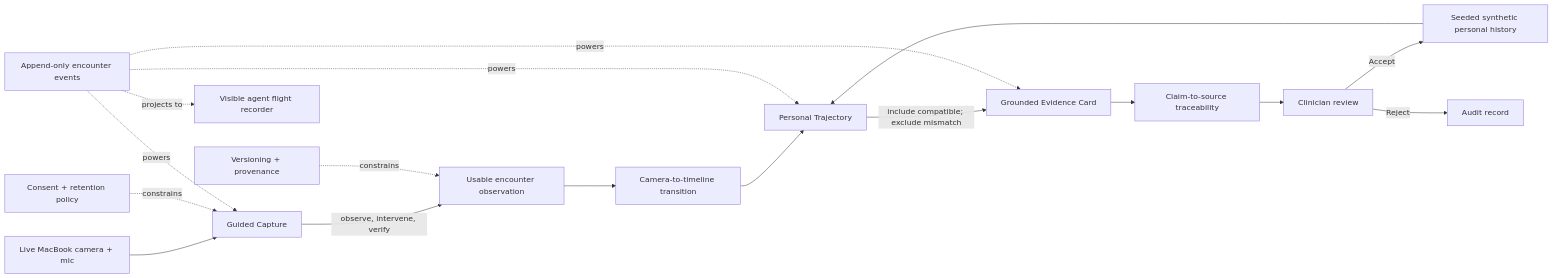
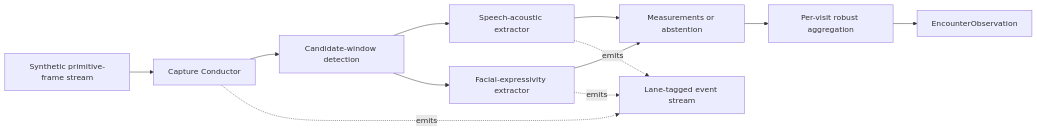
Before and after one commit to logannye/neurotrax: the diagram in README.md, drawn with Mermaid. The commit also changed other lines of this file and 17 other files, not shown here.

````diff
--- a/README.md
+++ b/README.md
@@ -184,20 +112,15 @@
 ```mermaid
 flowchart LR
-    MAC["Live MacBook camera + mic"] --> CAPTURE["Guided Capture"]
-    CAPTURE -->|observe, intervene, verify| OBS["Usable encounter observation"]
-    OBS --> TRANSITION["Camera-to-timeline transition"]
-    TRANSITION --> TREND["Personal Trajectory"]
-    HISTORY["Seeded synthetic personal history"] --> TREND
-    TREND -->|include compatible; exclude mismatch| CARD["Grounded Evidence Card"]
-    CARD --> TRACE["Claim-to-source traceability"]
-    TRACE --> CLINICIAN["Clinician review"]
-    CLINICIAN -->|Accept| HISTORY
-    CLINICIAN -->|Reject| AUDIT["Audit record"]
+    FIXTURE["Synthetic primitive-frame stream"] --> CONDUCTOR["Capture Conductor"]
+    CONDUCTOR --> WINDOWS["Candidate-window detection"]
+    WINDOWS --> SPEECH["Speech-acoustic extractor"]
+    WINDOWS --> FACE["Facial-expressivity extractor"]
+    SPEECH --> RESULTS["Measurements or abstention"]
+    FACE --> RESULTS
+    RESULTS --> AGGREGATE["Per-visit robust aggregation"]
+    AGGREGATE --> OBSERVATION["EncounterObservation"]
 
-    CONSENT["Consent + retention policy"] -. constrains .-> CAPTURE
-    PROVENANCE["Versioning + provenance"] -. constrains .-> OBS
-    EVENTS["Append-only encounter events"] -. powers .-> CAPTURE
-    EVENTS -. powers .-> TREND
-    EVENTS -. powers .-> CARD
-    EVENTS -. projects to .-> FLIGHT["Visible agent flight recorder"]
+    CONDUCTOR -. emits .-> EVENTS["Lane-tagged event stream"]
+    SPEECH -. emits .-> EVENTS
+    FACE -. emits .-> EVENTS
 ```
````
